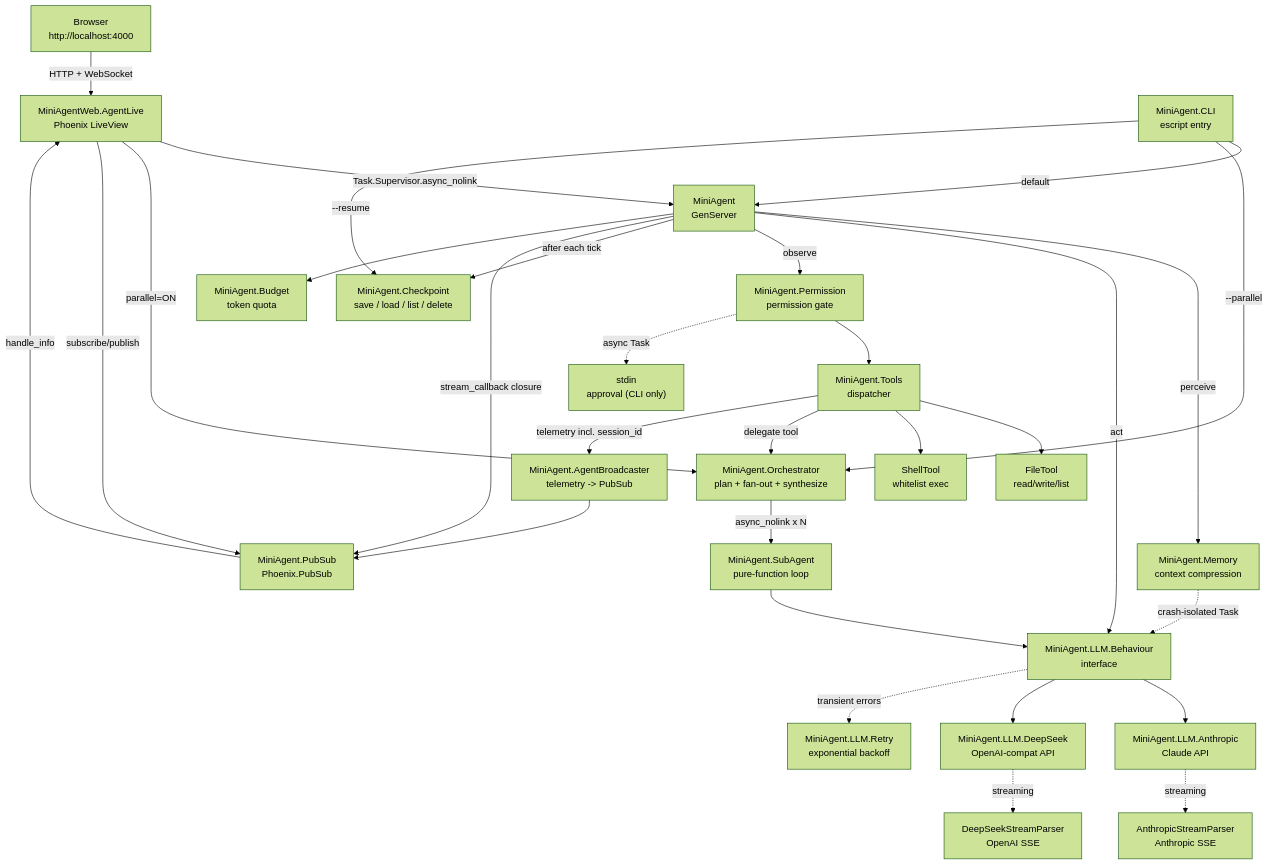
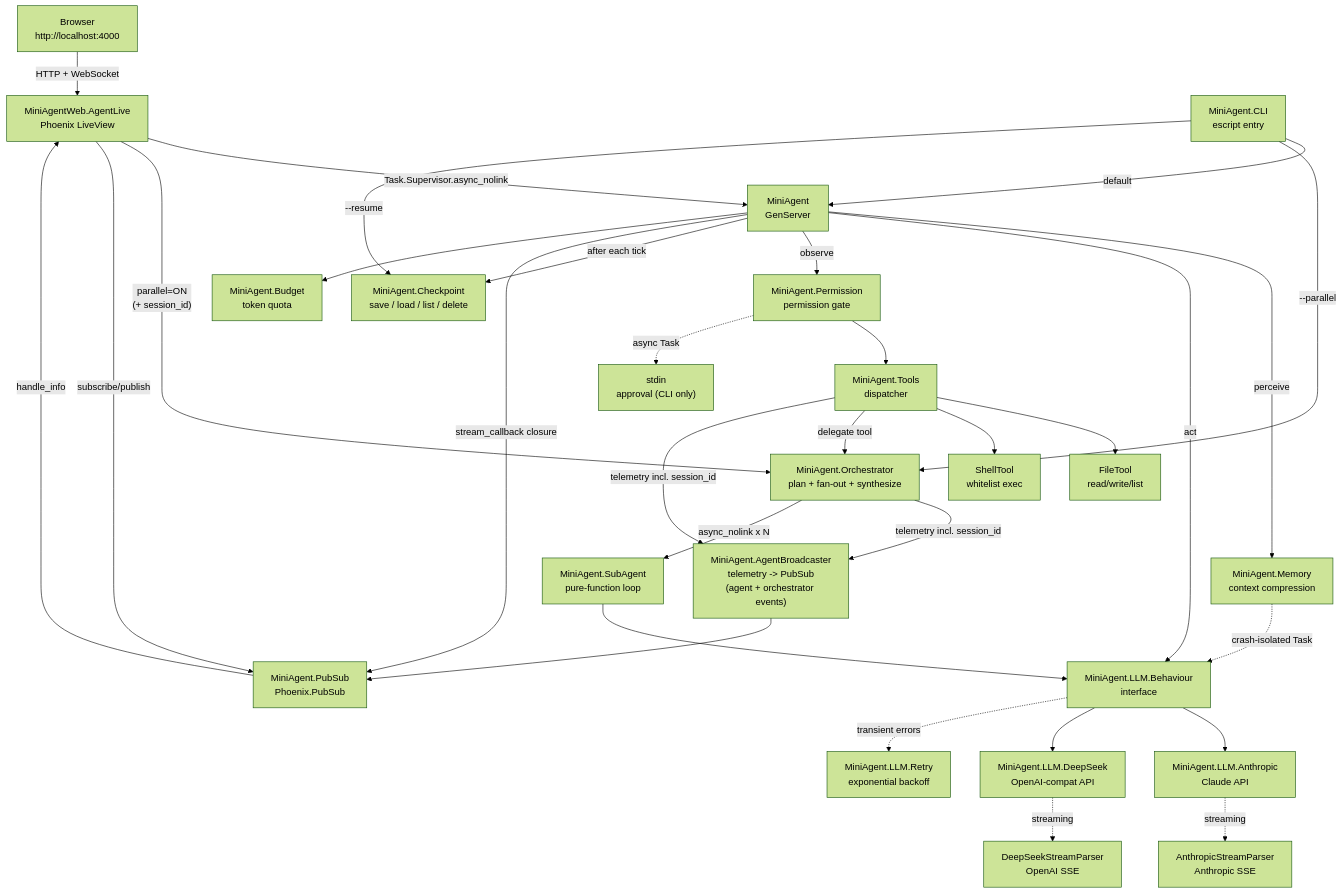
The first of 2 diagrams in README.md (brianpht/mini_agent), drawn with Mermaid (forest theme) before and after one commit. The commit also changed other lines of this file and 21 other files, not shown here.

````diff
--- a/README.md
+++ b/README.md
@@ -30,32 +31,33 @@
 ```mermaid
 flowchart TD
     Browser["Browser\nhttp://localhost:4000"] -->|HTTP + WebSocket| LV["MiniAgentWeb.AgentLive\nPhoenix LiveView"]
     CLI["MiniAgent.CLI\nescript entry"] -->|default| GS["MiniAgent\nGenServer"]
     CLI -->|--parallel| ORC["MiniAgent.Orchestrator\nplan + fan-out + synthesize"]
     CLI -->|--resume| CKP["MiniAgent.Checkpoint\nsave / load / list / delete"]
     LV -->|"Task.Supervisor.async_nolink"| GS
-    LV -->|"parallel=ON"| ORC
+    LV -->|"parallel=ON\n(+ session_id)"| ORC
     LV -->|subscribe/publish| PS["MiniAgent.PubSub\nPhoenix.PubSub"]
-    BC["MiniAgent.AgentBroadcaster\ntelemetry -> PubSub"] --> PS
+    BC["MiniAgent.AgentBroadcaster\ntelemetry -> PubSub\n(agent + orchestrator events)"] --> PS
     PS -->|handle_info| LV
     GS -->|perceive| MEM["MiniAgent.Memory\ncontext compression"]
     GS -->|act| BEH["MiniAgent.LLM.Behaviour\ninterface"]
     BEH --> ANT["MiniAgent.LLM.Anthropic\nClaude API"]
     BEH --> DS["MiniAgent.LLM.DeepSeek\nOpenAI-compat API"]
     ANT -.->|streaming| ASP["AnthropicStreamParser\nAnthropic SSE"]
     DS -.->|streaming| DSP["DeepSeekStreamParser\nOpenAI SSE"]
     BEH -.->|transient errors| RET["MiniAgent.LLM.Retry\nexponential backoff"]
     GS -->|observe| PERM["MiniAgent.Permission\npermission gate"]
     PERM --> TOOLS["MiniAgent.Tools\ndispatcher"]
     TOOLS --> FT["FileTool\nread/write/list"]
     TOOLS --> ST["ShellTool\nwhitelist exec"]
     TOOLS -->|delegate tool| ORC
-    TOOLS -->|telemetry incl. session_id| BC
+    TOOLS -->|"telemetry incl. session_id"| BC
+    ORC -->|"telemetry incl. session_id"| BC
     ORC -->|async_nolink x N| SUB["MiniAgent.SubAgent\npure-function loop"]
     SUB --> BEH
     GS -->|after each tick| CKP
     GS -->|stream_callback closure| PS
     GS --> BUD["MiniAgent.Budget\ntoken quota"]
     MEM -.->|crash-isolated Task| BEH
     PERM -.->|async Task| IO["stdin\napproval (CLI only)"]
 ```
````
